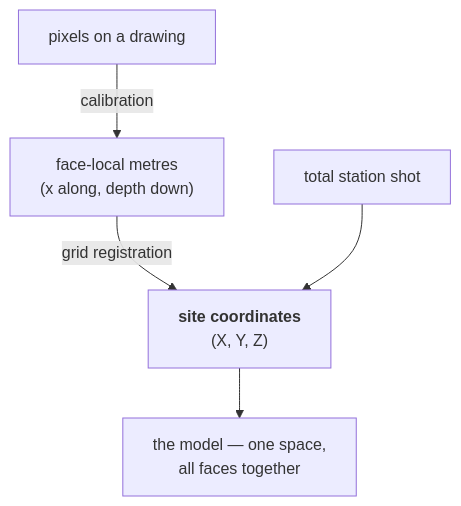
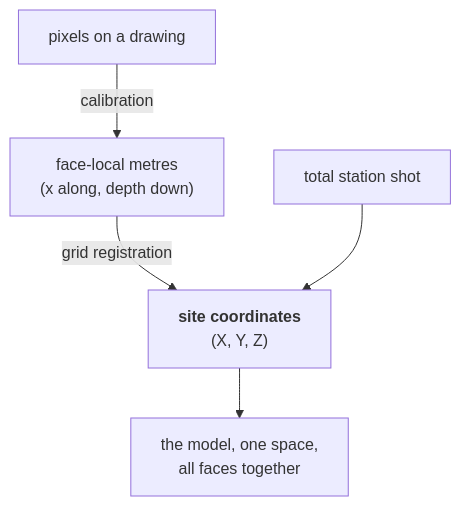
One commit to jennarbates/StratigraphyGenerator changed the diagram in docs/archaeology/site-coordinates.md. Above: the diagram before and after it, drawn with Mermaid. The commit also changed other lines of this file and 309 other files, not shown here.

````diff
--- a/docs/archaeology/site-coordinates.md
+++ b/docs/archaeology/site-coordinates.md
@@ -55,7 +55,7 @@
 ```mermaid
 flowchart TB
   P["pixels on a drawing"] -->|"calibration"| L["face-local metres<br/>(x along, depth down)"]
   L -->|"grid registration"| S["<b>site coordinates</b><br/>(X, Y, Z)"]
   T["total station shot"] --> S
-  S --> M["the model — one space,<br/>all faces together"]
+  S --> M["the model, one space,<br/>all faces together"]
 ```
````
